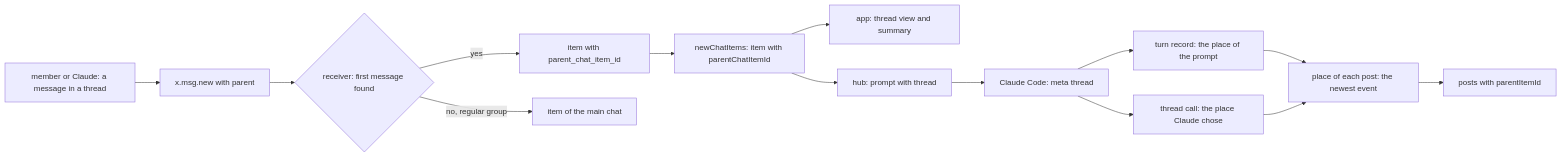
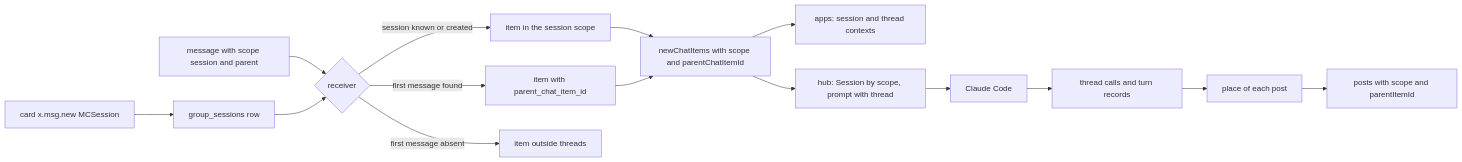
One commit to evgeny-simplex/simplex-chat changed the fourth of 5 diagrams in plans/2026-11-13-mcp-threads.md. Above: the diagram before and after it, drawn with Mermaid. The commit also changed other lines of this file, not shown here.

Commit message:
plan: mcp-threads with sessions as topics, from agent scenarios

````diff
--- a/plans/2026-11-13-mcp-threads.md
+++ b/plans/2026-11-13-mcp-threads.md
@@ -310,16 +388,17 @@
 ```mermaid
 flowchart LR
-  M[member or Claude: a message in a thread] --> W[x.msg.new with parent]
-  W --> R{receiver: first message found}
-  R -- yes --> T[item with parent_chat_item_id]
-  R -- no, regular group --> MC[item of the main chat]
-  T --> E[newChatItems: item with parentChatItemId]
-  E --> AP[app: thread view and summary]
-  E --> HB[hub: prompt with thread]
-  HB --> CC[Claude Code: meta thread]
-  CC --> TR[turn record: the place of the prompt]
-  CC --> TC[thread call: the place Claude chose]
-  TR --> PL[place of each post: the newest event]
-  TC --> PL
-  PL --> P[posts with parentItemId]
+  CD[card x.msg.new MCSession] --> SS[group_sessions row]
+  M[message with scope session and parent] --> RC{receiver}
+  SS --> RC
+  RC -- session known or created --> SC[item in the session scope]
+  RC -- first message found --> TH[item with parent_chat_item_id]
+  RC -- first message absent --> OT[item outside threads]
+  SC --> EV[newChatItems with scope and parentChatItemId]
+  TH --> EV
+  EV --> AP[apps: session and thread contexts]
+  EV --> HB[hub: Session by scope, prompt with thread]
+  HB --> CC[Claude Code]
+  CC --> TC[thread calls and turn records]
+  TC --> PL[place of each post]
+  PL --> PS[posts with scope and parentItemId]
 ```
````
